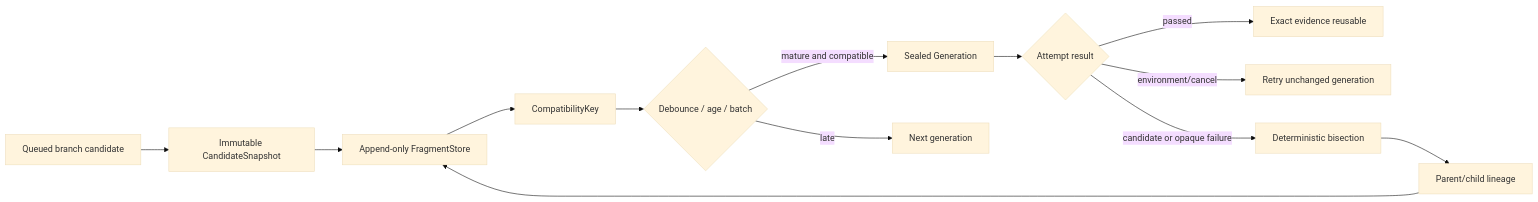
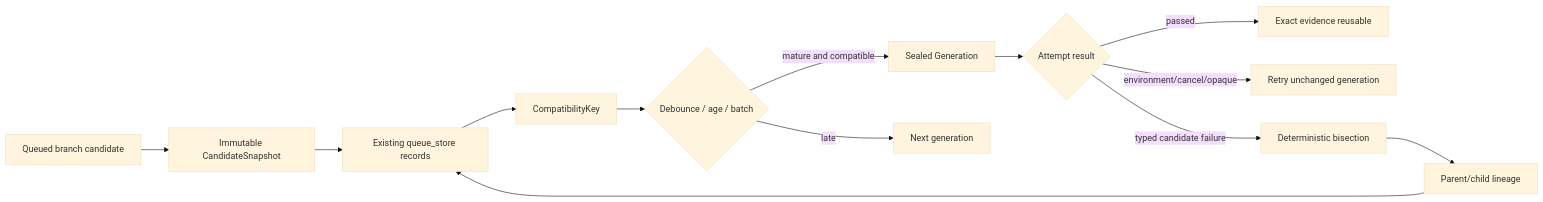
The diagram in docs/architecture/candidate-generations.md (Knuckles-Team/repository-manager), drawn with Mermaid (base theme) before and after one commit. The commit also changed other lines of this file and 4 other files, not shown here.

Commit message:
fix: harden candidate generation contracts

````diff
--- a/docs/architecture/candidate-generations.md
+++ b/docs/architecture/candidate-generations.md
@@ -10,15 +10,15 @@
 ```mermaid
 flowchart LR
     Q[Queued branch candidate] --> S[Immutable CandidateSnapshot]
-    S --> F[Append-only FragmentStore]
+    S --> F[Existing queue_store records]
     F --> K[CompatibilityKey]
     K --> D{Debounce / age / batch}
     D -->|mature and compatible| G[Sealed Generation]
     D -->|late| N[Next generation]
     G --> R{Attempt result}
     R -->|passed| E[Exact evidence reusable]
-    R -->|environment/cancel| T[Retry unchanged generation]
-    R -->|candidate or opaque failure| B[Deterministic bisection]
+    R -->|environment/cancel/opaque| T[Retry unchanged generation]
+    R -->|typed candidate failure| B[Deterministic bisection]
     B --> C[Parent/child lineage]
     C --> F
 ```
````
